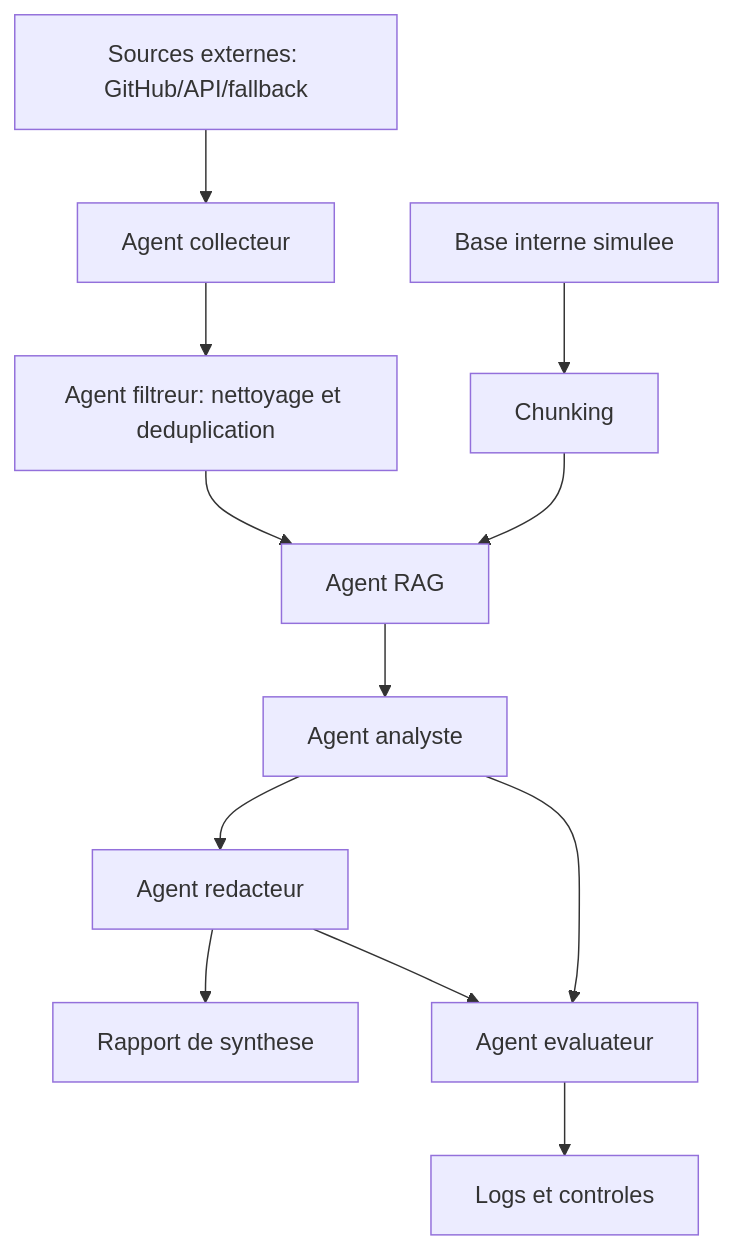
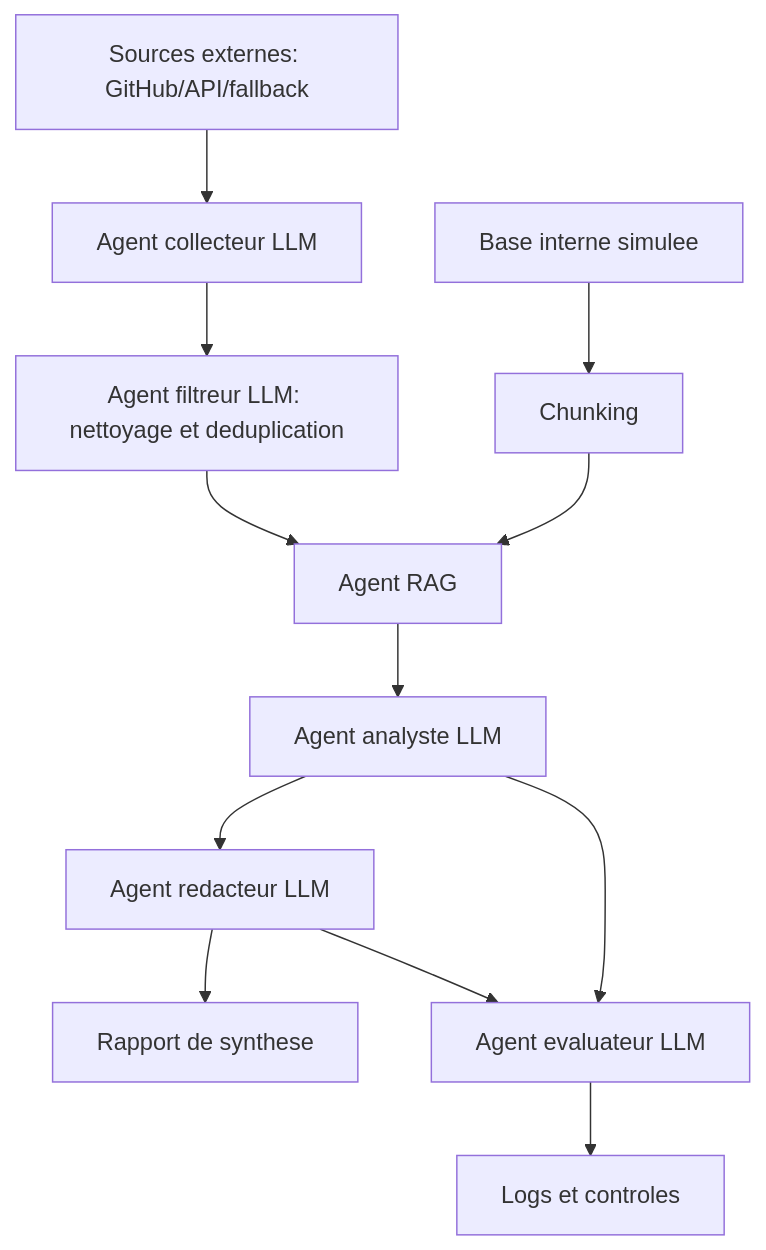
Before and after one commit to OmarBour-lab/Veille-IA: the first of 2 diagrams in rapport.md, drawn with Mermaid. The commit also changed other lines of this file and 26 other files, not shown here.

````diff
--- a/rapport.md
+++ b/rapport.md
@@ -24,14 +26,14 @@
 ```mermaid
 flowchart TD
-    A["Sources externes: GitHub/API/fallback"] --> B["Agent collecteur"]
-    B --> C["Agent filtreur: nettoyage et deduplication"]
+    A["Sources externes: GitHub/API/fallback"] --> B["Agent collecteur LLM"]
+    B --> C["Agent filtreur LLM: nettoyage et deduplication"]
     C --> D["Agent RAG"]
     E["Base interne simulee"] --> F["Chunking"]
     F --> D
-    D --> G["Agent analyste"]
-    G --> H["Agent redacteur"]
+    D --> G["Agent analyste LLM"]
+    G --> H["Agent redacteur LLM"]
     H --> I["Rapport de synthese"]
-    G --> J["Agent evaluateur"]
+    G --> J["Agent evaluateur LLM"]
     H --> J
     J --> K["Logs et controles"]
 ```
````
